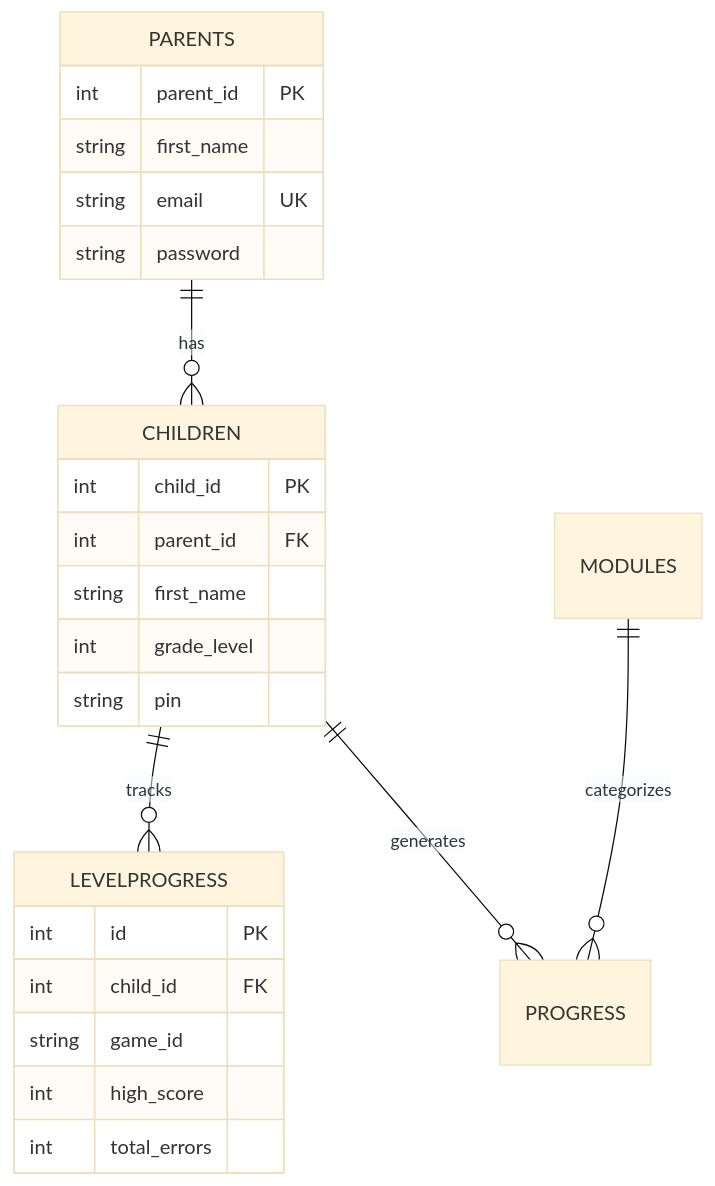
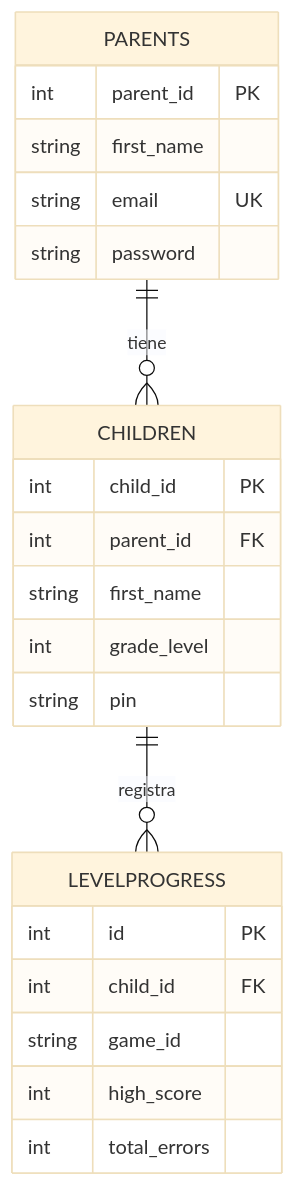
One commit to AlfaroMH/BetterMind changed the second of 3 diagrams in MANUAL_TECNICO.md. Above: the diagram before and after it, drawn with Mermaid (base theme). The commit also changed other lines of this file and 4 other files, not shown here.

````diff
--- a/MANUAL_TECNICO.md
+++ b/MANUAL_TECNICO.md
@@ -79,28 +79,26 @@
 ```mermaid
 erDiagram
-    PARENTS ||--o{ CHILDREN : has
-    CHILDREN ||--o{ LEVELPROGRESS : tracks
-    CHILDREN ||--o{ PROGRESS : generates
-    MODULES ||--o{ PROGRESS : categorizes
+    PARENTS ||--o{ CHILDREN : tiene
+    CHILDREN ||--o{ LEVELPROGRESS : registra
 
     PARENTS {
         int parent_id PK
         string first_name
         string email UK
         string password
     }
     CHILDREN {
         int child_id PK
         int parent_id FK
         string first_name
         int grade_level
         string pin
     }
     LEVELPROGRESS {
         int id PK
         int child_id FK
         string game_id
         int high_score
         int total_errors
     }
 ```
````
